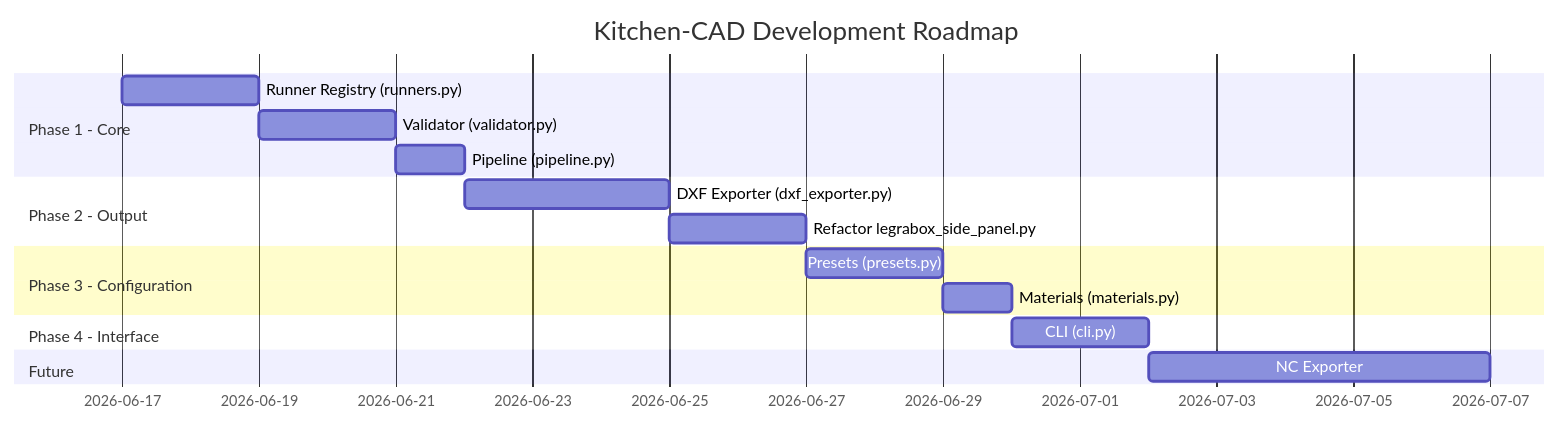
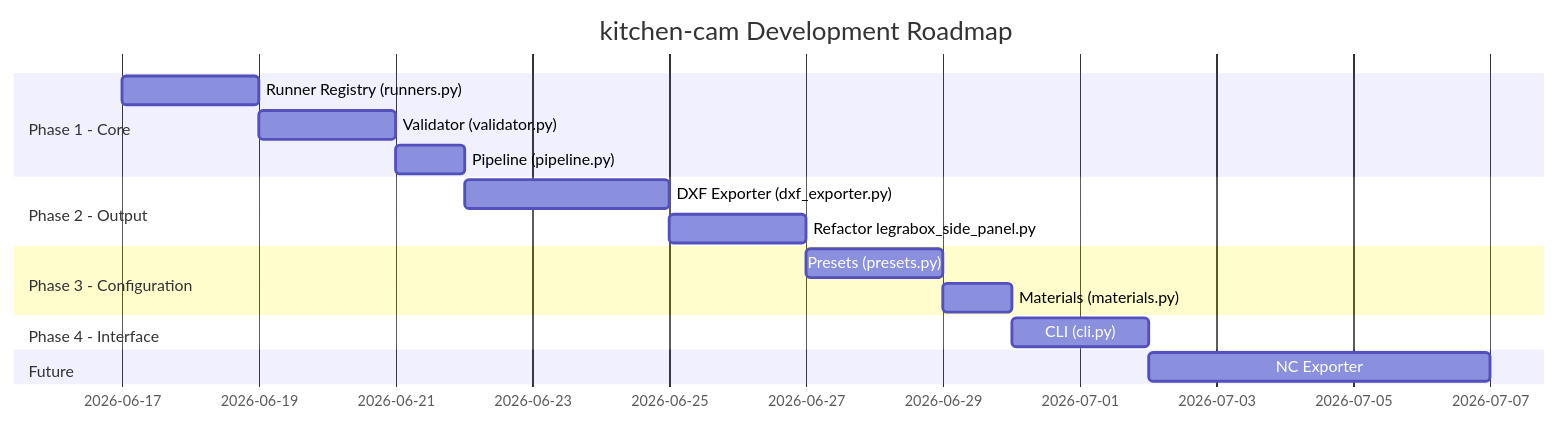
Before and after one commit to m1981/kuchnie: diagram 13 of 13 in kitchen-cam/docs/architecture.md, drawn with Mermaid. The commit also changed other lines of this file and 22 other files, not shown here.

````diff
--- a/kitchen-cam/docs/architecture.md
+++ b/kitchen-cam/docs/architecture.md
@@ -868,19 +868,19 @@
 ```mermaid
 gantt
-    title Kitchen-CAD Development Roadmap
+    title kitchen-cam Development Roadmap
     dateFormat  YYYY-MM-DD
     section Phase 1 - Core
     Runner Registry (runners.py)        :a1, 2026-06-17, 2d
     Validator (validator.py)            :a2, after a1, 2d
     Pipeline (pipeline.py)              :a3, after a2, 1d
     section Phase 2 - Output
     DXF Exporter (dxf_exporter.py)      :b1, after a3, 3d
     Refactor legrabox_side_panel.py     :b2, after b1, 2d
     section Phase 3 - Configuration
     Presets (presets.py)                :c1, after b2, 2d
     Materials (materials.py)            :c2, after c1, 1d
     section Phase 4 - Interface
     CLI (cli.py)                        :d1, after c2, 2d
     section Future
     NC Exporter                         :e1, after d1, 5d
 ```
````
